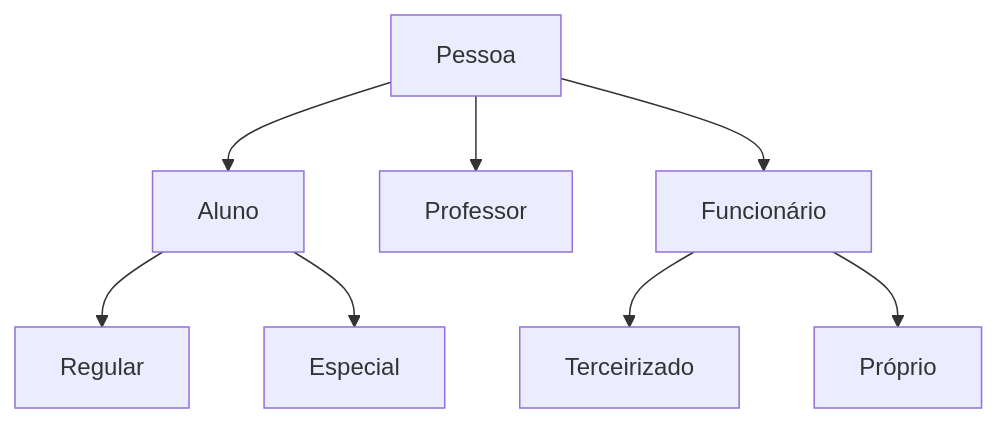
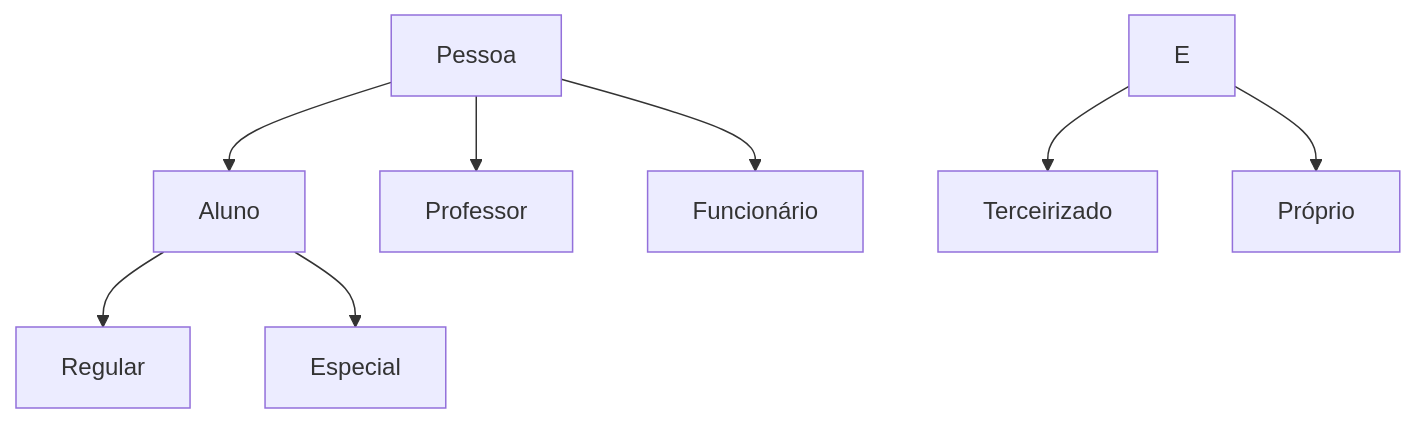
The diagram in 4sem/POO/2019-04-01.md (mrother/fatec), drawn with Mermaid before and after one commit. The commit also changed other lines of this file, not shown here.

Commit message:
4sem/POO/2019-04-01.md updated from https://stackedit.io/

````diff
--- a/4sem/POO/2019-04-01.md
+++ b/4sem/POO/2019-04-01.md
@@ -17,11 +17,11 @@
 ```mermaid
 graph TD
-    B[Pessoa]
-    B-->C[Aluno]
-    B-->D[Professor]
-    B-->E[Funcionário]
-    C-->H[Regular]
-    C-->I[Especial]
+    A[Pessoa]
+    A-->B[Aluno]
+    A-->C[Professor]
+    A-->D[Funcionário]
+    B-->H[Regular]
+    B-->I[Especial]
     E-->F[Terceirizado]
     E-->G[Próprio]
 ```
````
